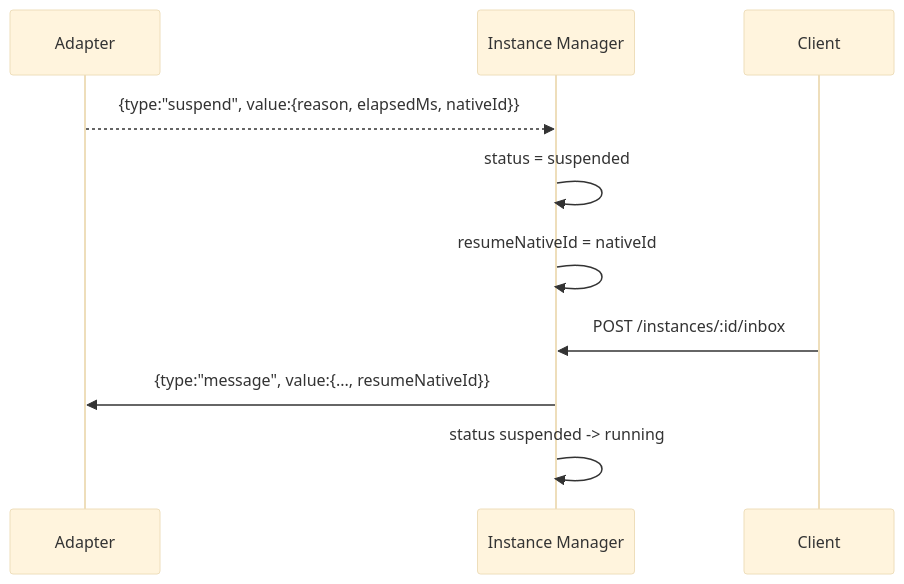
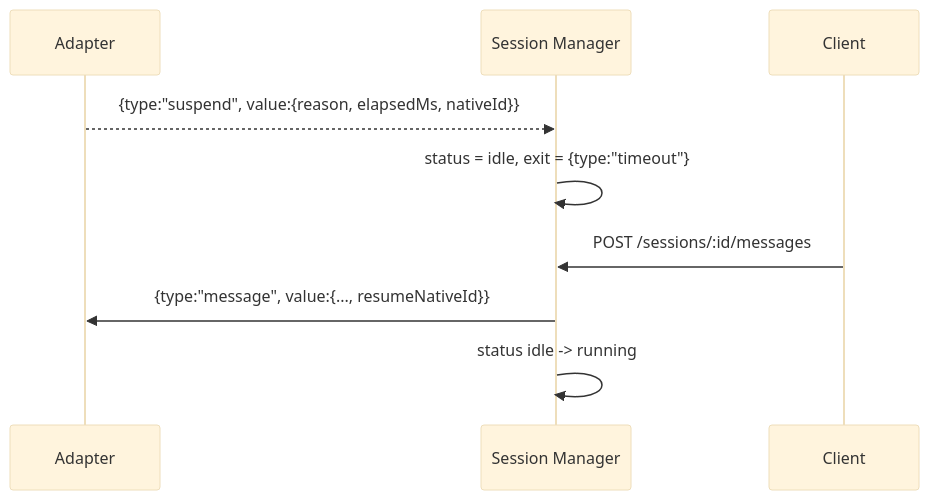
The diagram in cards/suspend-resume.md (shazhou-ww/sumeru), drawn with Mermaid (base theme) before and after one commit. The commit also changed other lines of this file and 16 other files, not shown here.

First line of the commit message:
docs(cards): update all architecture cards for V3 data model

````diff
--- a/cards/suspend-resume.md
+++ b/cards/suspend-resume.md
@@ -35,13 +32,12 @@
 ```mermaid
 sequenceDiagram
   participant Adapter
-  participant Host as Instance Manager
+  participant Host as Session Manager
   participant Client
 
   Adapter-->>Host: {type:"suspend", value:{reason, elapsedMs, nativeId}}
-  Host->>Host: status = suspended
-  Host->>Host: resumeNativeId = nativeId
-  Client->>Host: POST /instances/:id/inbox
+  Host->>Host: status = idle, exit = {type:"timeout"}
+  Client->>Host: POST /sessions/:id/messages
   Host->>Adapter: {type:"message", value:{..., resumeNativeId}}
-  Host->>Host: status suspended -> running
+  Host->>Host: status idle -> running
 ```
````
